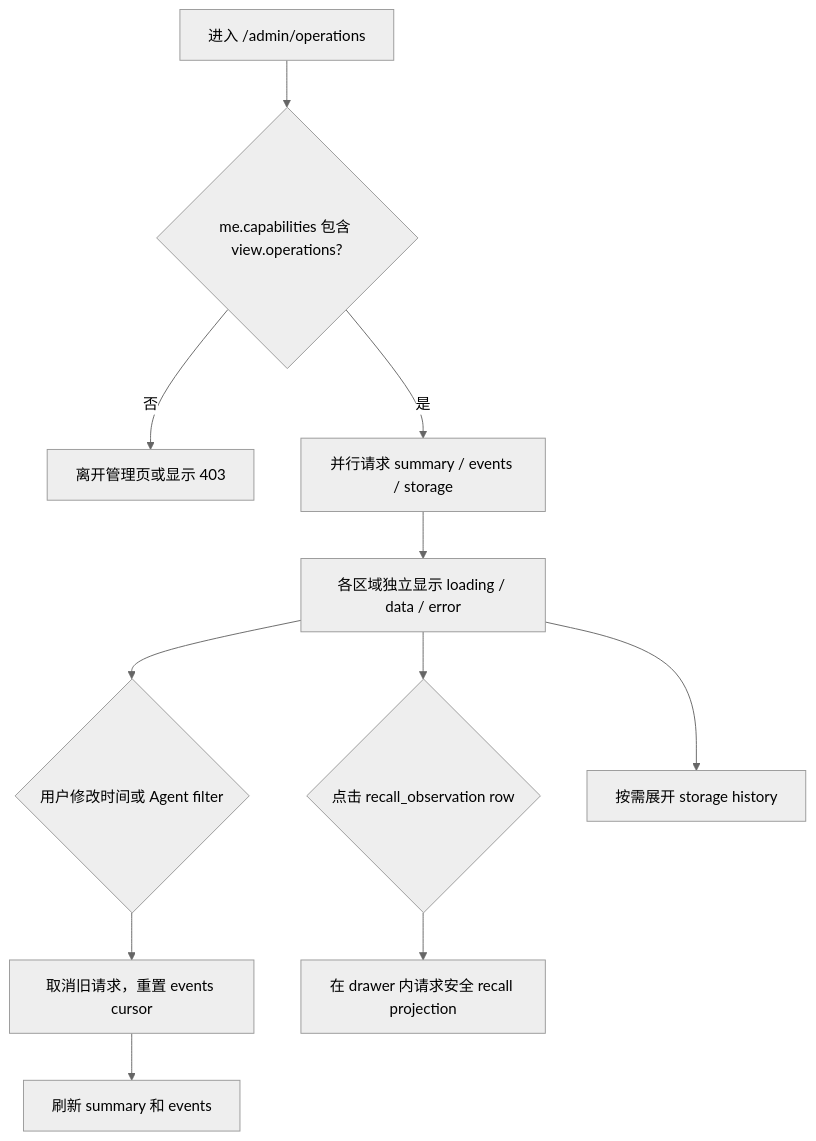
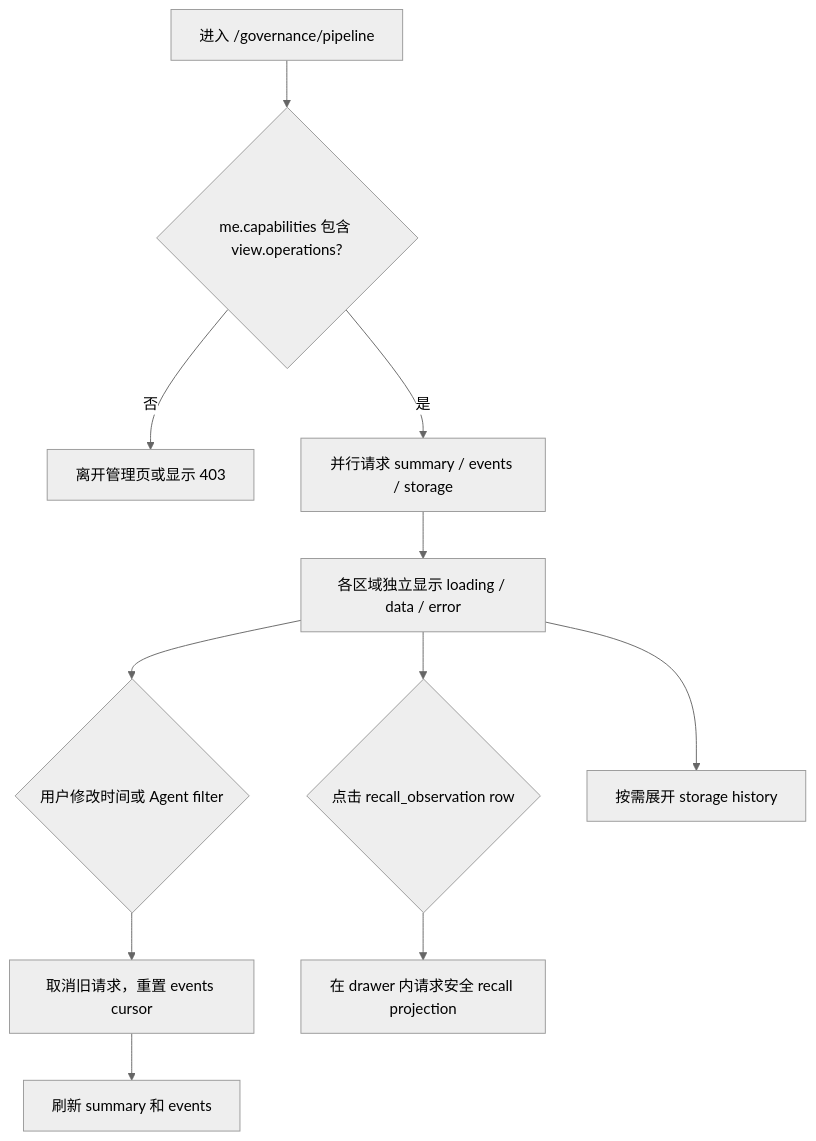
Before and after one commit to pax-beehive/pax-nexus: the diagram in docs/on-prem-operations-frontend-integration.md, drawn with Mermaid (neutral theme). The commit also changed other lines of this file and 141 other files, not shown here.

````diff
--- a/docs/on-prem-operations-frontend-integration.md
+++ b/docs/on-prem-operations-frontend-integration.md
@@ -113,13 +115,13 @@
 ```mermaid
 flowchart TD
-    A["进入 /admin/operations"] --> B{"me.capabilities 包含 view.operations?"}
+    A["进入 /governance/pipeline"] --> B{"me.capabilities 包含 view.operations?"}
     B -->|"否"| C["离开管理页或显示 403"]
     B -->|"是"| D["并行请求 summary / events / storage"]
     D --> E["各区域独立显示 loading / data / error"]
     E --> F{"用户修改时间或 Agent filter"}
     F --> G["取消旧请求，重置 events cursor"]
     G --> H["刷新 summary 和 events"]
     E --> I{"点击 recall_observation row"}
     I --> J["在 drawer 内请求安全 recall projection"]
     E --> K["按需展开 storage history"]
 ```
````
